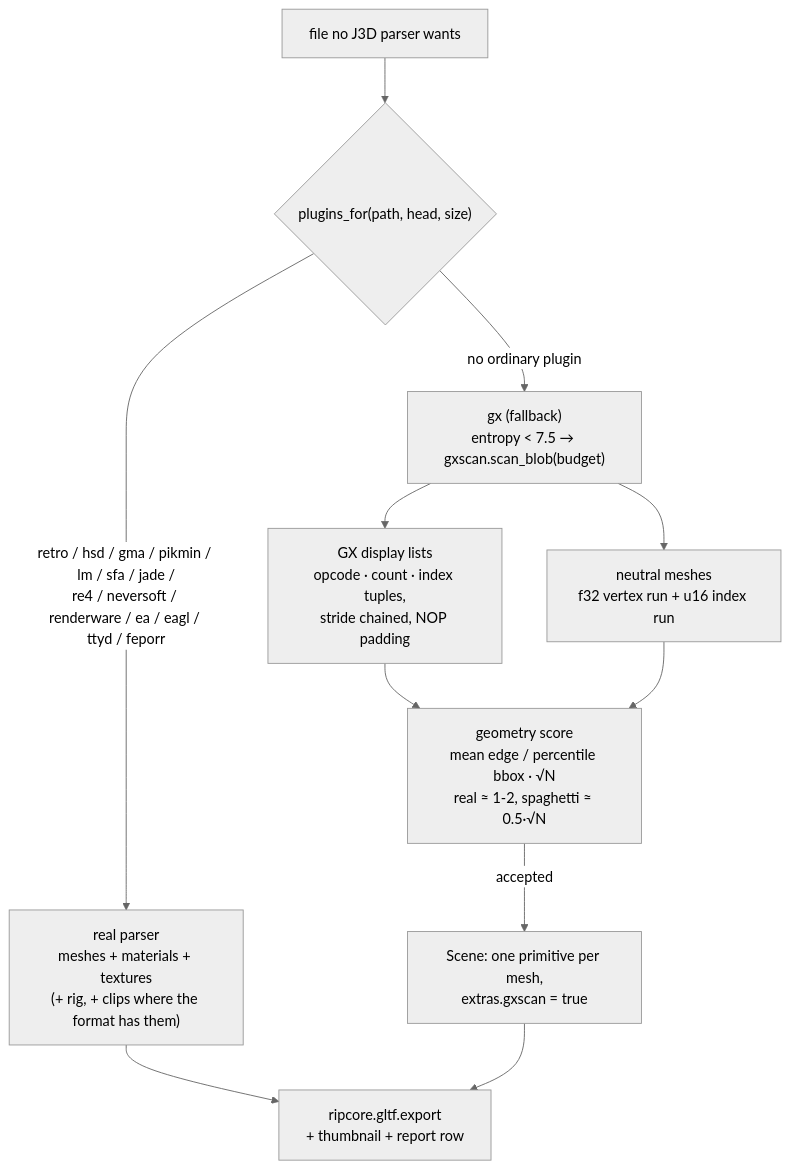
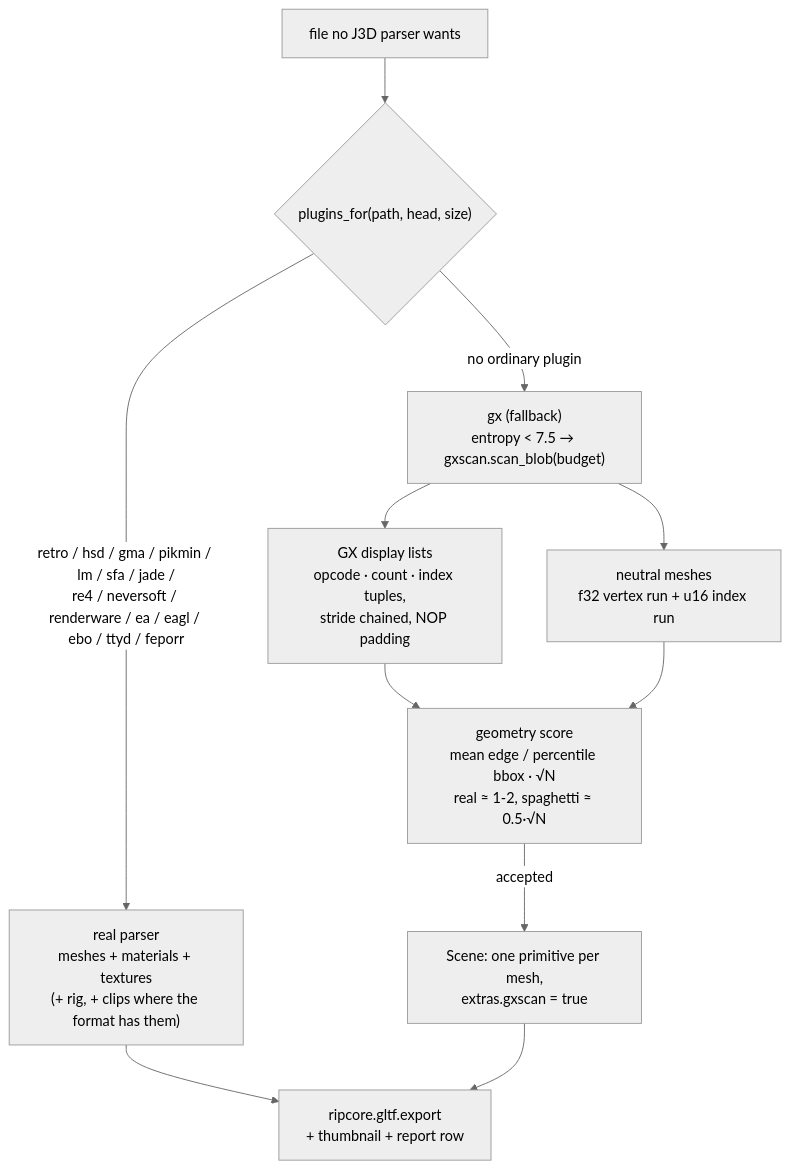
The eighth of 8 diagrams in docs/PIPELINE.md (Felbs/3d-ripper-9000), drawn with Mermaid (neutral theme) before and after one commit. The commit also changed other lines of this file and 3 other files, not shown here.

````diff
--- a/docs/PIPELINE.md
+++ b/docs/PIPELINE.md
@@ -173,11 +173,11 @@
 ```mermaid
 flowchart TD
     F["file no J3D parser wants"] --> D{"plugins_for(path, head, size)"}
-    D -->|"retro / hsd / gma / pikmin / lm / sfa / jade /<br/>re4 / neversoft / renderware / ea / eagl / ttyd / feporr"| R["real parser<br/>meshes + materials + textures<br/>(+ rig, + clips where the format has them)"]
+    D -->|"retro / hsd / gma / pikmin / lm / sfa / jade /<br/>re4 / neversoft / renderware / ea / eagl / ebo / ttyd / feporr"| R["real parser<br/>meshes + materials + textures<br/>(+ rig, + clips where the format has them)"]
     D -->|"no ordinary plugin"| S["gx (fallback)<br/>entropy < 7.5 → gxscan.scan_blob(budget)"]
     S --> L["GX display lists<br/>opcode · count · index tuples,<br/>stride chained, NOP padding"]
     S --> N["neutral meshes<br/>f32 vertex run + u16 index run"]
     L & N --> SC["geometry score<br/>mean edge / percentile bbox · √N<br/>real ≈ 1-2, spaghetti ≈ 0.5·√N"]
     SC -->|"accepted"| M["Scene: one primitive per mesh,<br/>extras.gxscan = true"]
     R & M --> E["ripcore.gltf.export<br/>+ thumbnail + report row"]
 ```
````
